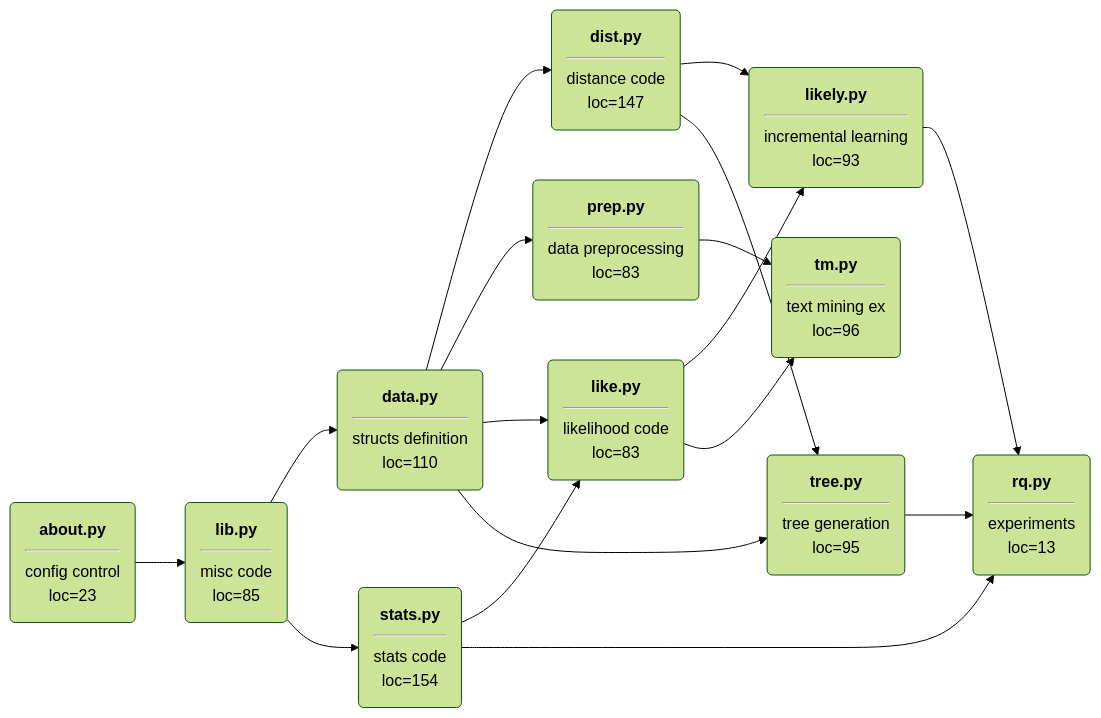
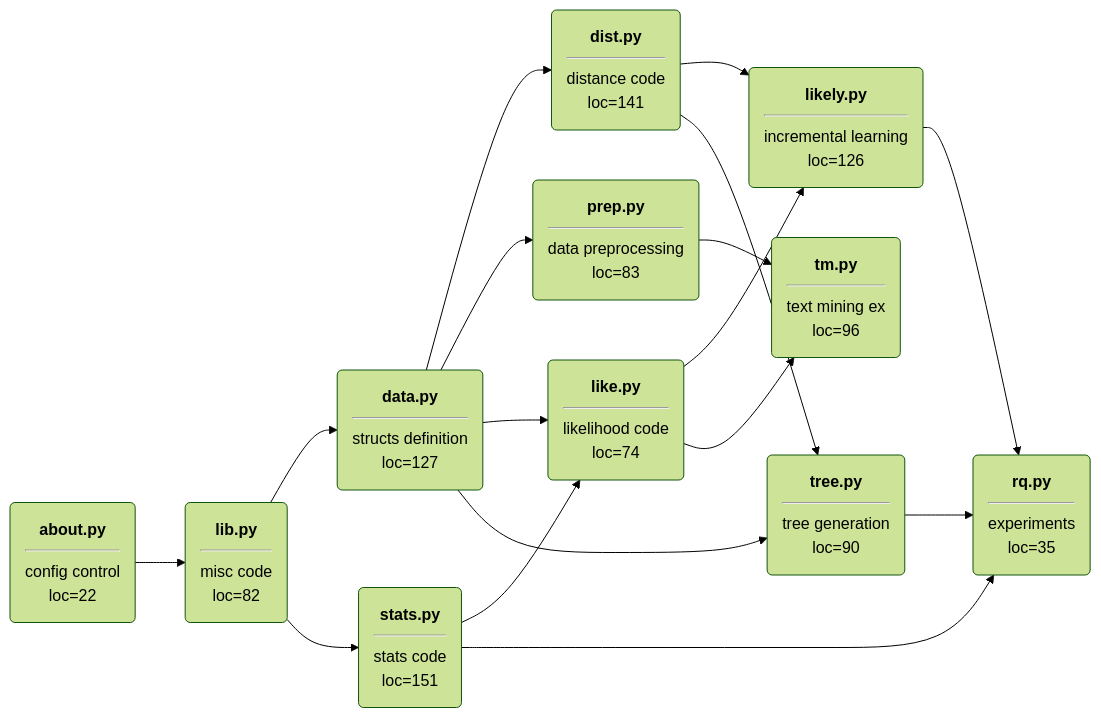
The diagram in ezr/README.md (timm/ezr), drawn with Mermaid (forest theme) before and after one commit. The commit also changed other lines of this file, not shown here.

Commit message:
updating file LOC in mermaid diagram

````diff
--- a/ezr/README.md
+++ b/ezr/README.md
@@ -3,31 +3,31 @@
 ```mermaid
 graph LR;
-lib(<b>lib.py</b><hr>misc code<br>loc=85);
-about(<b>about.py</b><hr>config control<br>loc=23);
-data(<b>data.py</b><hr>structs definition<br>loc=110)
-dist(<b>dist.py</b><hr>distance code<br>loc=147);
-like(<b>like.py</b><hr>likelihood code<br>loc=83);
-likely(<b>likely.py</b><hr>incremental learning<br>loc=93);
+lib(<b>lib.py</b><hr>misc code<br>loc=82);
+about(<b>about.py</b><hr>config control<br>loc=22);
+data(<b>data.py</b><hr>structs definition<br>loc=127)
+dist(<b>dist.py</b><hr>distance code<br>loc=141);
+like(<b>like.py</b><hr>likelihood code<br>loc=74);
+likely(<b>likely.py</b><hr>incremental learning<br>loc=126);
 prep(<b>prep.py</b><hr>data preprocessing<br>loc=83);
 tm(<b>tm.py</b><hr>text mining ex<br>loc=96);
-rq(<b>rq.py</b><hr>experiments<br>loc=13);
-stats(<b>stats.py</b><hr>stats code<br>loc=154);
-tree(<b>tree.py</b><hr>tree generation<br>loc=95);
+rq(<b>rq.py</b><hr>experiments<br>loc=35);
+stats(<b>stats.py</b><hr>stats code<br>loc=151);
+tree(<b>tree.py</b><hr>tree generation<br>loc=90);
 
 lib --> data;
 stats --> like;
 stats --> rq;
 data --> dist;
 data --> prep;
 about --> lib;
 data --> like;
 dist --> likely;
 like --> likely;
 like --> tm;
 prep --> tm;
 lib --> stats;
 data --> tree;
 dist --> tree;
 tree --> rq;
 likely --> rq;
 ```
````
